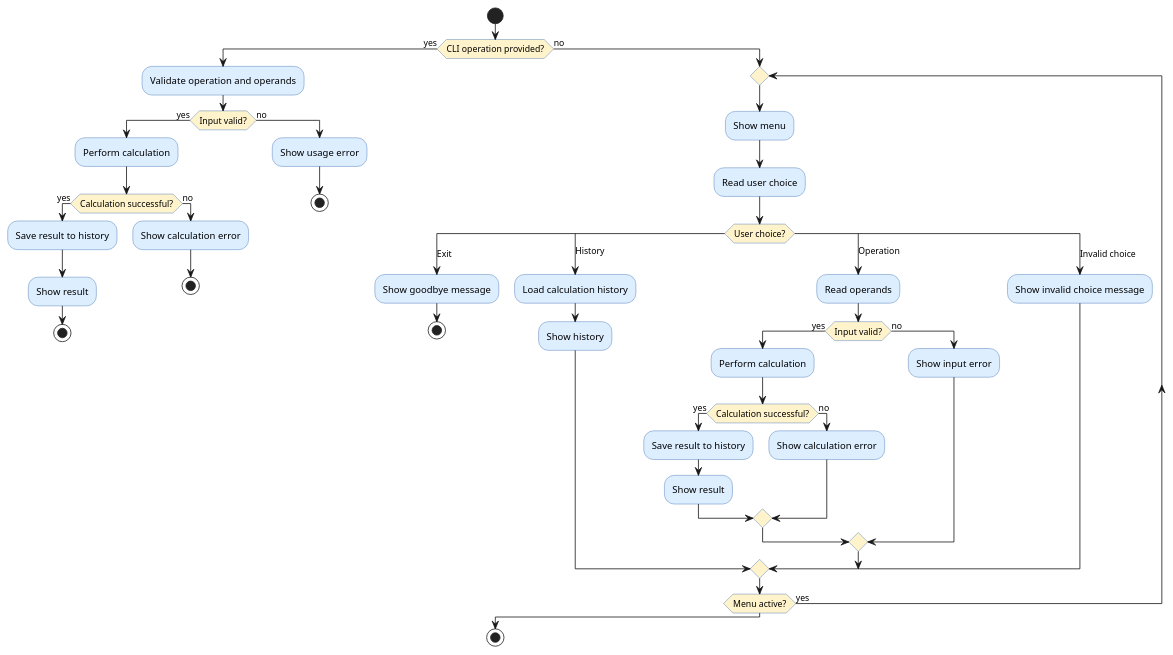
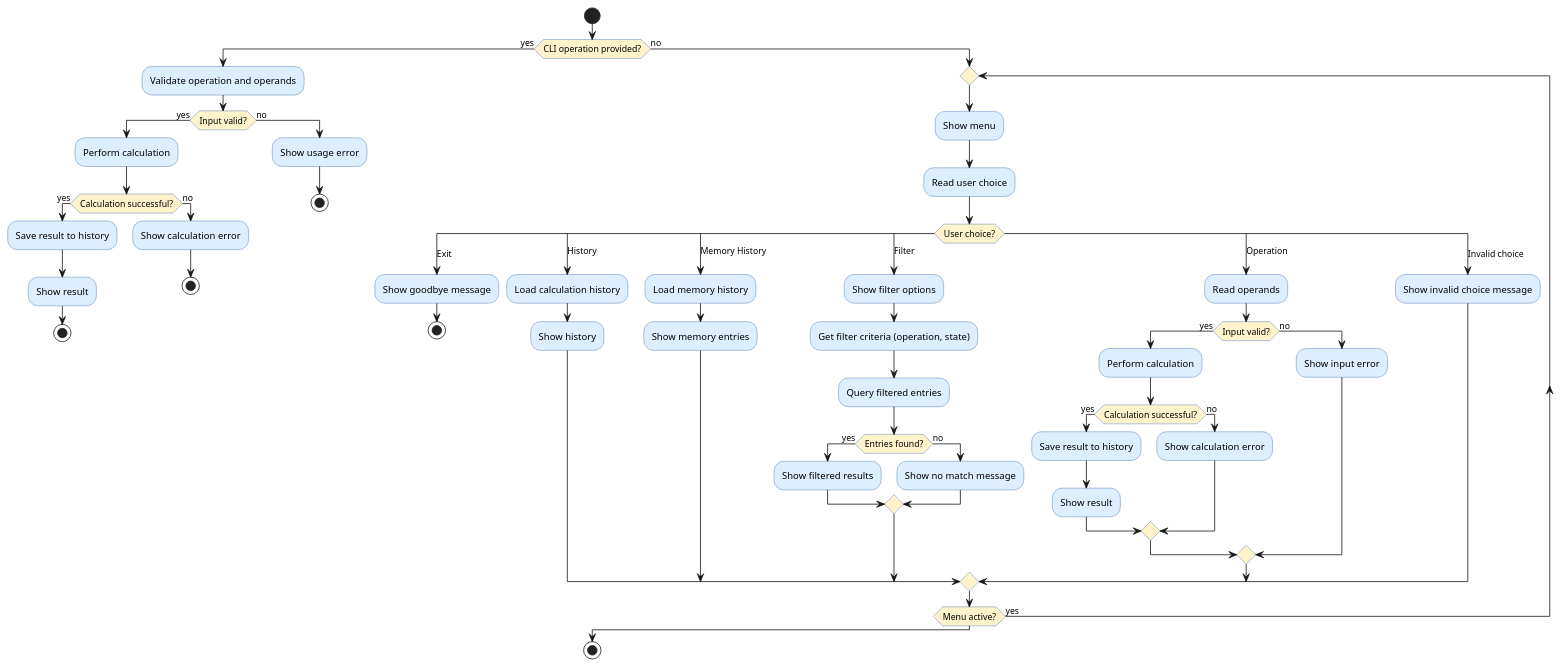
The diagram in experiments/broadcast/user_stories/calculator/artifacts/activity_diagram.puml (DanielRiha8906/Software_autoevolution_using_agents), drawn with PlantUML before and after one commit. The commit also changed 6 other files, not shown here.

```diff
--- a/experiments/broadcast/user_stories/calculator/artifacts/activity_diagram.puml
+++ b/experiments/broadcast/user_stories/calculator/artifacts/activity_diagram.puml
@@ -1,74 +1,88 @@
 @startuml activity_diagram
 
 skinparam activityBackgroundColor #DDEEFF
 skinparam activityBorderColor #3366AA
 skinparam activityDiamondBackgroundColor #FFF3CC
 
 start
 
 if (CLI operation provided?) then (yes)
 
   :Validate operation and operands;
 
   if (Input valid?) then (yes)
     :Perform calculation;
 
     if (Calculation successful?) then (yes)
       :Save result to history;
       :Show result;
       stop
     else (no)
       :Show calculation error;
       stop
     endif
 
   else (no)
     :Show usage error;
     stop
   endif
 
 else (no)
 
   repeat
     :Show menu;
     :Read user choice;
 
     switch (User choice?)
 
       case (Exit)
         :Show goodbye message;
         stop
 
       case (History)
         :Load calculation history;
         :Show history;
 
+      case (Memory History)
+        :Load memory history;
+        :Show memory entries;
+
+      case (Filter)
+        :Show filter options;
+        :Get filter criteria (operation, state);
+        :Query filtered entries;
+        if (Entries found?) then (yes)
+          :Show filtered results;
+        else (no)
+          :Show no match message;
+        endif
+
       case (Operation)
         :Read operands;
 
         if (Input valid?) then (yes)
           :Perform calculation;
 
           if (Calculation successful?) then (yes)
             :Save result to history;
             :Show result;
           else (no)
             :Show calculation error;
           endif
 
         else (no)
           :Show input error;
         endif
 
       case (Invalid choice)
         :Show invalid choice message;
 
     endswitch
 
   repeat while (Menu active?) is (yes)
 
 endif
 
 stop
 
 @enduml
```
